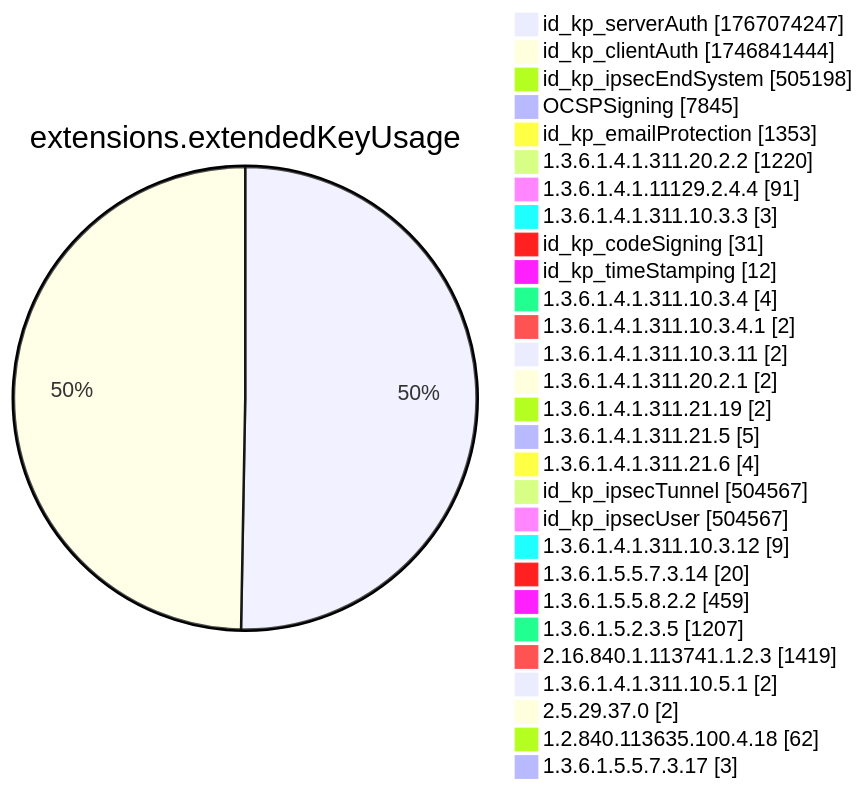
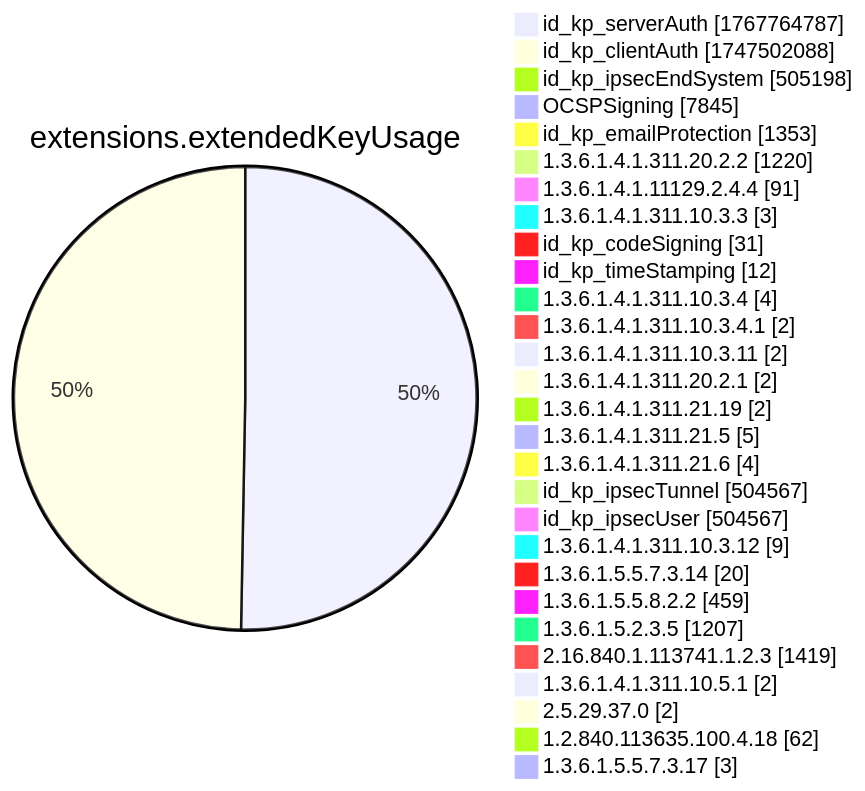
Diagram 12 of 15 in xenon2022/README.md (christiankrug/ctmonitor_visualization), drawn with Mermaid before and after one commit. The commit also changed other lines of this file, not shown here.

````diff
--- a/xenon2022/README.md
+++ b/xenon2022/README.md
@@ -3893,32 +3893,32 @@
 ```mermaid
 pie showData
 title extensions.extendedKeyUsage
-"id_kp_serverAuth" :1767074247
-"id_kp_clientAuth" :1746841444
+"id_kp_serverAuth" :1767764787
+"id_kp_clientAuth" :1747502088
 "id_kp_ipsecEndSystem" :505198
 "OCSPSigning" :7845
 "id_kp_emailProtection" :1353
 "1.3.6.1.4.1.311.20.2.2" :1220
 "1.3.6.1.4.1.11129.2.4.4" :91
 "1.3.6.1.4.1.311.10.3.3" :3
 "id_kp_codeSigning" :31
 "id_kp_timeStamping" :12
 "1.3.6.1.4.1.311.10.3.4" :4
 "1.3.6.1.4.1.311.10.3.4.1" :2
 "1.3.6.1.4.1.311.10.3.11" :2
 "1.3.6.1.4.1.311.20.2.1" :2
 "1.3.6.1.4.1.311.21.19" :2
 "1.3.6.1.4.1.311.21.5" :5
 "1.3.6.1.4.1.311.21.6" :4
 "id_kp_ipsecTunnel" :504567
 "id_kp_ipsecUser" :504567
 "1.3.6.1.4.1.311.10.3.12" :9
 "1.3.6.1.5.5.7.3.14" :20
 "1.3.6.1.5.5.8.2.2" :459
 "1.3.6.1.5.2.3.5" :1207
 "2.16.840.1.113741.1.2.3" :1419
 "1.3.6.1.4.1.311.10.5.1" :2
 "2.5.29.37.0" :2
 "1.2.840.113635.100.4.18" :62
 "1.3.6.1.5.5.7.3.17" :3
 ```
````
